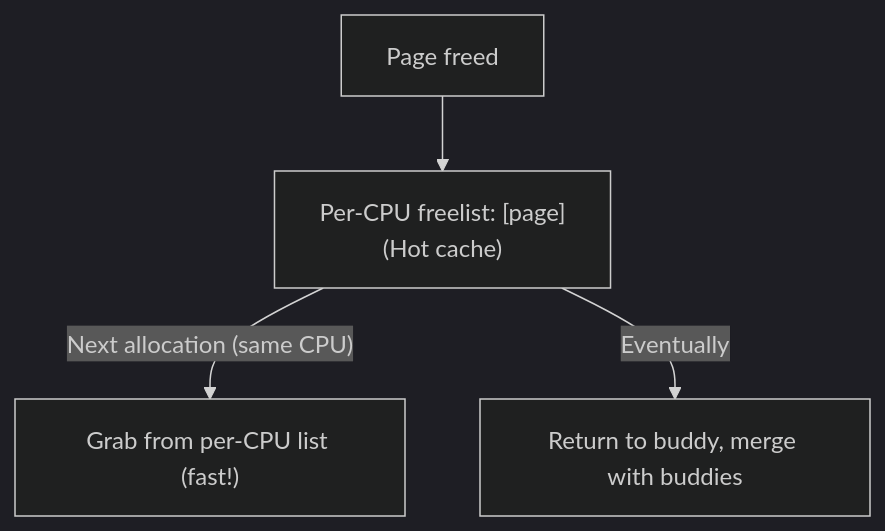
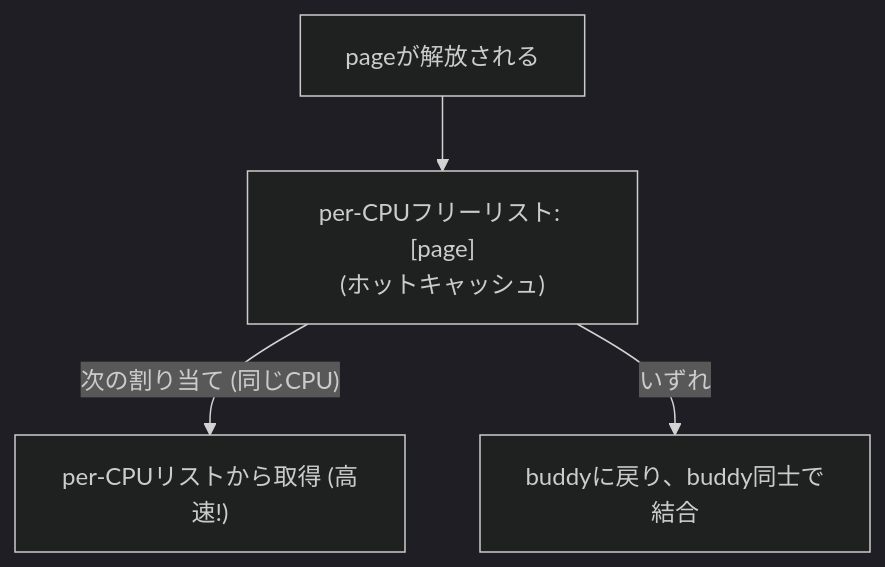
One commit to doguto/linux-kernel-internals-jp changed diagram 13 of 15 in docs/mm/life-of-page.md. Above: the diagram before and after it, drawn with Mermaid (dark theme). The commit also changed other lines of this file and 27 other files, not shown here.

````diff
--- a/docs/mm/life-of-page.md
+++ b/docs/mm/life-of-page.md
@@ -386,6 +386,6 @@
 ```mermaid
 flowchart TD
-    FREE["Page freed"] --> PCPU["Per-CPU freelist: [page]<br/>(Hot cache)"]
-    PCPU -->|"Next allocation (same CPU)"| GRAB["Grab from per-CPU list (fast!)"]
-    PCPU -->|"Eventually"| BUDDY["Return to buddy, merge with buddies"]
+    FREE["pageが解放される"] --> PCPU["per-CPUフリーリスト: [page]<br/>(ホットキャッシュ)"]
+    PCPU -->|"次の割り当て (同じCPU)"| GRAB["per-CPUリストから取得 (高速!)"]
+    PCPU -->|"いずれ"| BUDDY["buddyに戻り、buddy同士で結合"]
 ```
````
